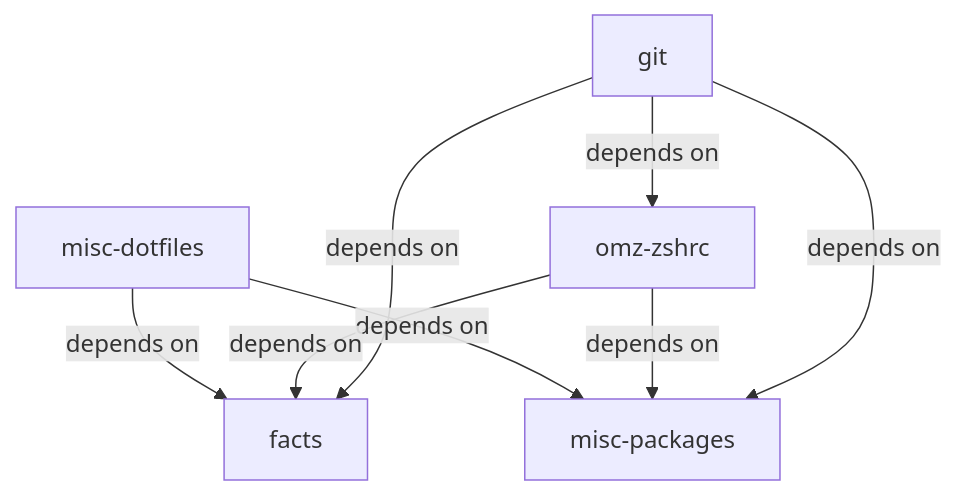
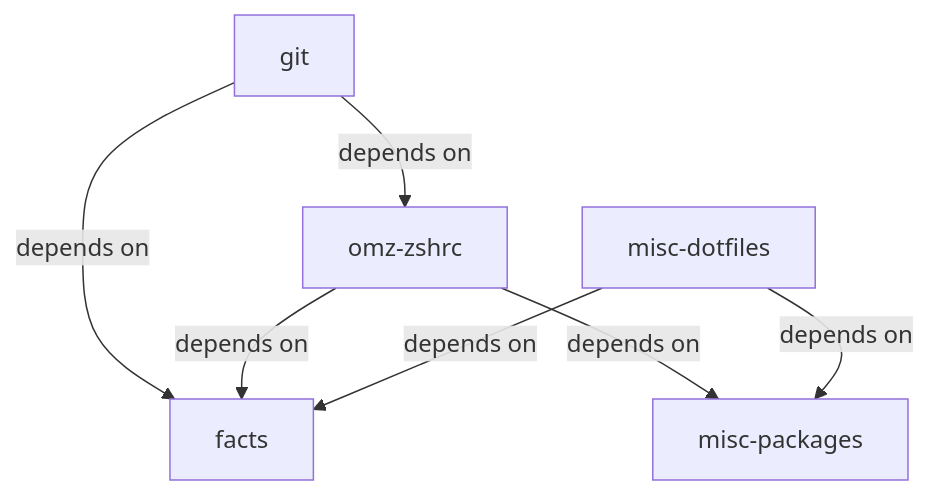
One commit to karldreher/ansible-playbooks changed the diagram in DAG.md. Above: the diagram before and after it, drawn with Mermaid.

Commit message:
chore: update diagram

````diff
--- a/DAG.md
+++ b/DAG.md
@@ -1,11 +1,10 @@
 ```mermaid
 graph TD
 
     misc-dotfiles -->|depends on| facts
     misc-dotfiles -->|depends on| misc-packages
     omz-zshrc -->|depends on| facts
     omz-zshrc -->|depends on| misc-packages
     git -->|depends on| omz-zshrc
     git -->|depends on| facts
-    git -->|depends on| misc-packages
 ```
````
